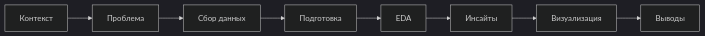
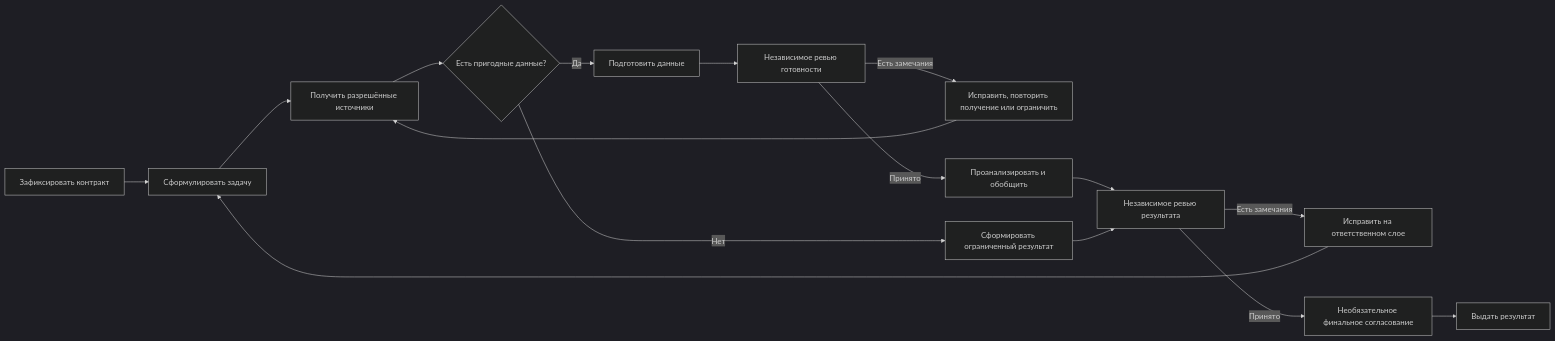
Before and after one commit to moira-mcp/moira: the diagram in packages/docs/src/content/docs/ru/docs/reference/workflows/data-analysis.mdx, drawn with Mermaid (dark theme). The commit also changed other lines of this file and 72 other files, not shown here.

````diff
--- a/packages/docs/src/content/docs/ru/docs/reference/workflows/data-analysis.mdx
+++ b/packages/docs/src/content/docs/ru/docs/reference/workflows/data-analysis.mdx
@@ -18,10 +36,18 @@
 ```mermaid
 flowchart LR
-    A[Контекст] --> B[Проблема]
-    B --> C[Сбор данных]
-    C --> D[Подготовка]
-    D --> E[EDA]
-    E --> F[Инсайты]
-    F --> G[Визуализация]
-    G --> H[Выводы]
+    A[Зафиксировать контракт] --> B[Сформулировать задачу]
+    B --> C[Получить разрешённые источники]
+    C --> D{Есть пригодные данные?}
+    D -->|Да| E[Подготовить данные]
+    E --> F[Независимое ревью готовности]
+    F -->|Есть замечания| G[Исправить, повторить получение или ограничить]
+    G --> C
+    F -->|Принято| H[Проанализировать и обобщить]
+    D -->|Нет| I[Сформировать ограниченный результат]
+    H --> J[Независимое ревью результата]
+    I --> J
+    J -->|Есть замечания| K[Исправить на ответственном слое]
+    K --> B
+    J -->|Принято| L[Необязательное финальное согласование]
+    L --> M[Выдать результат]
 ```
````
